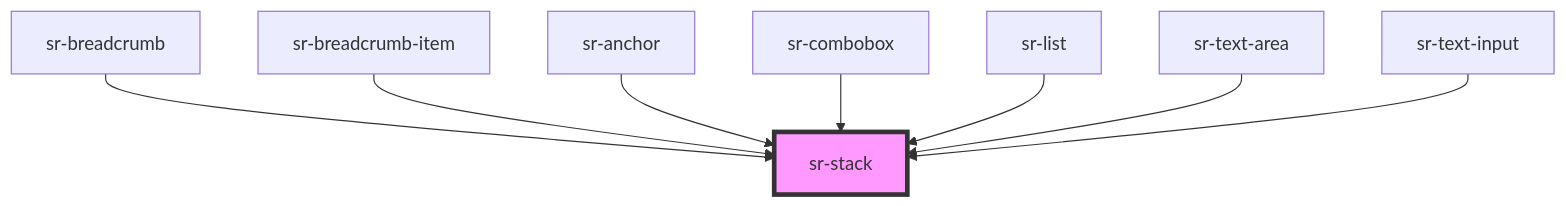
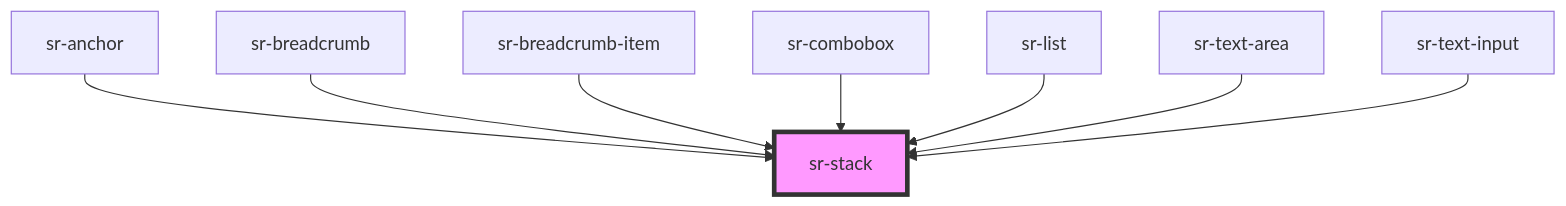
One commit to tonyblu331/spotify-replay-design-system changed the diagram in src/components/layouts/sr-stack/readme.md. Above: the diagram before and after it, drawn with Mermaid. The commit also changed other lines of this file and 6 other files, not shown here.

````diff
--- a/src/components/layouts/sr-stack/readme.md
+++ b/src/components/layouts/sr-stack/readme.md
@@ -33,11 +34,11 @@
 ```mermaid
 graph TD;
+  sr-anchor --> sr-stack
   sr-breadcrumb --> sr-stack
   sr-breadcrumb-item --> sr-stack
-  sr-anchor --> sr-stack
   sr-combobox --> sr-stack
   sr-list --> sr-stack
   sr-text-area --> sr-stack
   sr-text-input --> sr-stack
   style sr-stack fill:#f9f,stroke:#333,stroke-width:4px
 ```
````
